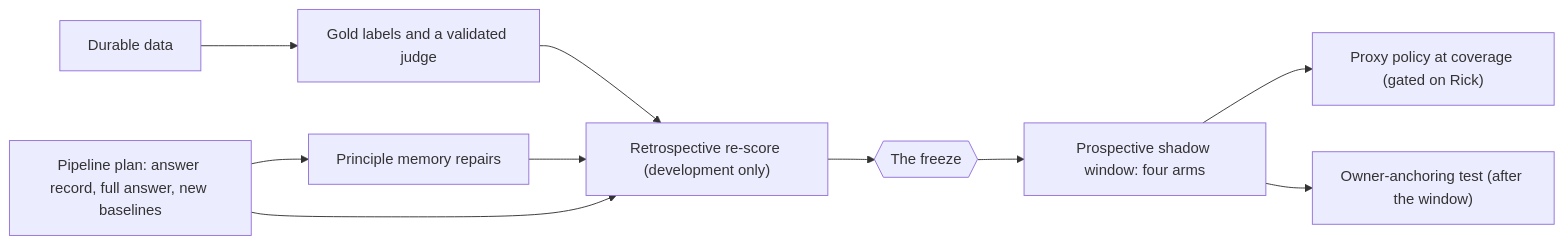
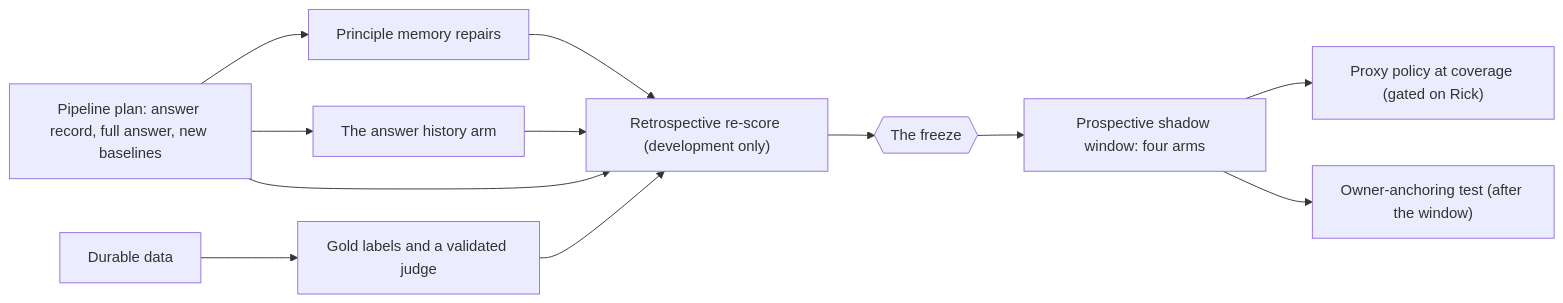
Before and after one commit to deepily/lupin: the diagram in src/rnd/v0.2.4/2026.11.17-principle-learner-research/2026.11.23-answer-signal-experiment-plan.md, drawn with Mermaid. The commit also changed other lines of this file and 1 other file, not shown here.

````diff
--- a/src/rnd/v0.2.4/2026.11.17-principle-learner-research/2026.11.23-answer-signal-experiment-plan.md
+++ b/src/rnd/v0.2.4/2026.11.17-principle-learner-research/2026.11.23-answer-signal-experiment-plan.md
@@ -57,12 +57,14 @@
 ```mermaid
 flowchart LR
     D0["Durable data"] --> GL["Gold labels and a validated judge"]
     PP["Pipeline plan: answer record, full answer, new baselines"] --> PM["Principle memory repairs"]
-    PP --> RS["Retrospective re-score (development only)"]
+    PP --> AH["The answer history arm"]
+    AH --> RS["Retrospective re-score (development only)"]
+    PP --> RS
     GL --> RS
     PM --> RS
     RS --> F{{"The freeze"}}
     F --> SW["Prospective shadow window: four arms"]
     SW --> PX["Proxy policy at coverage (gated on Rick)"]
     SW --> AT["Owner-anchoring test (after the window)"]
 ```
````
